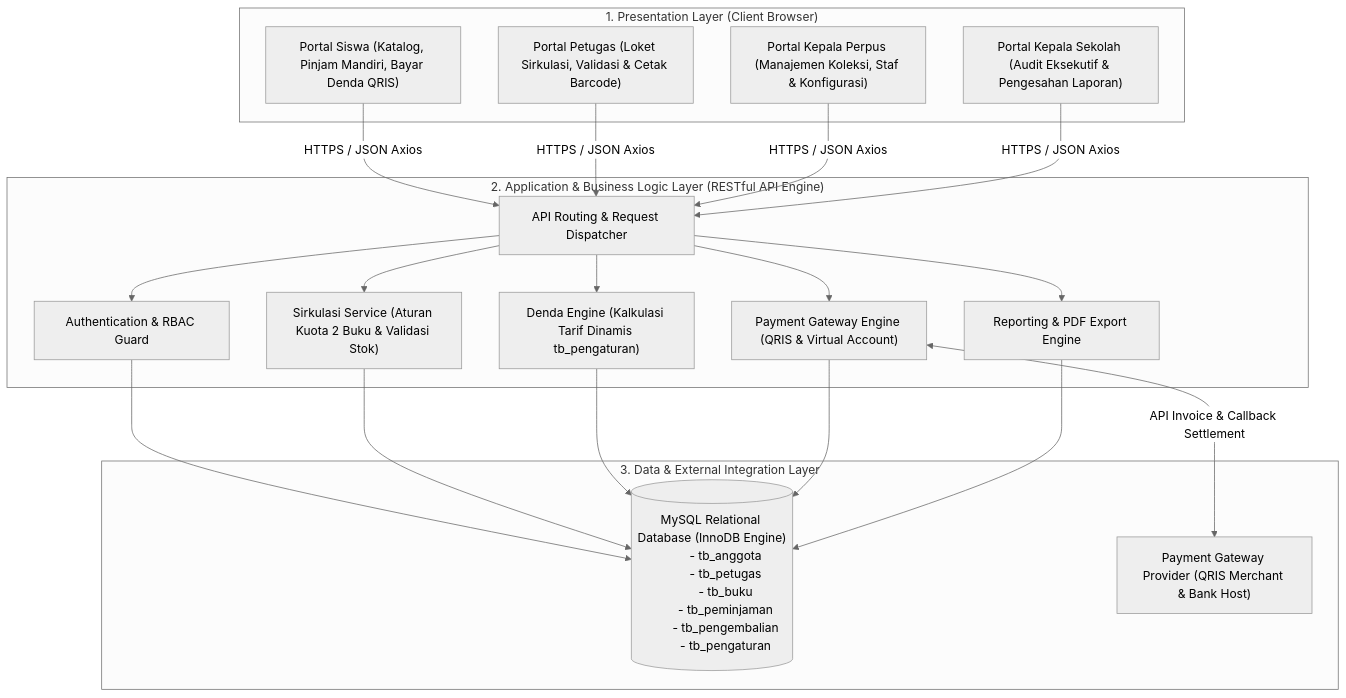
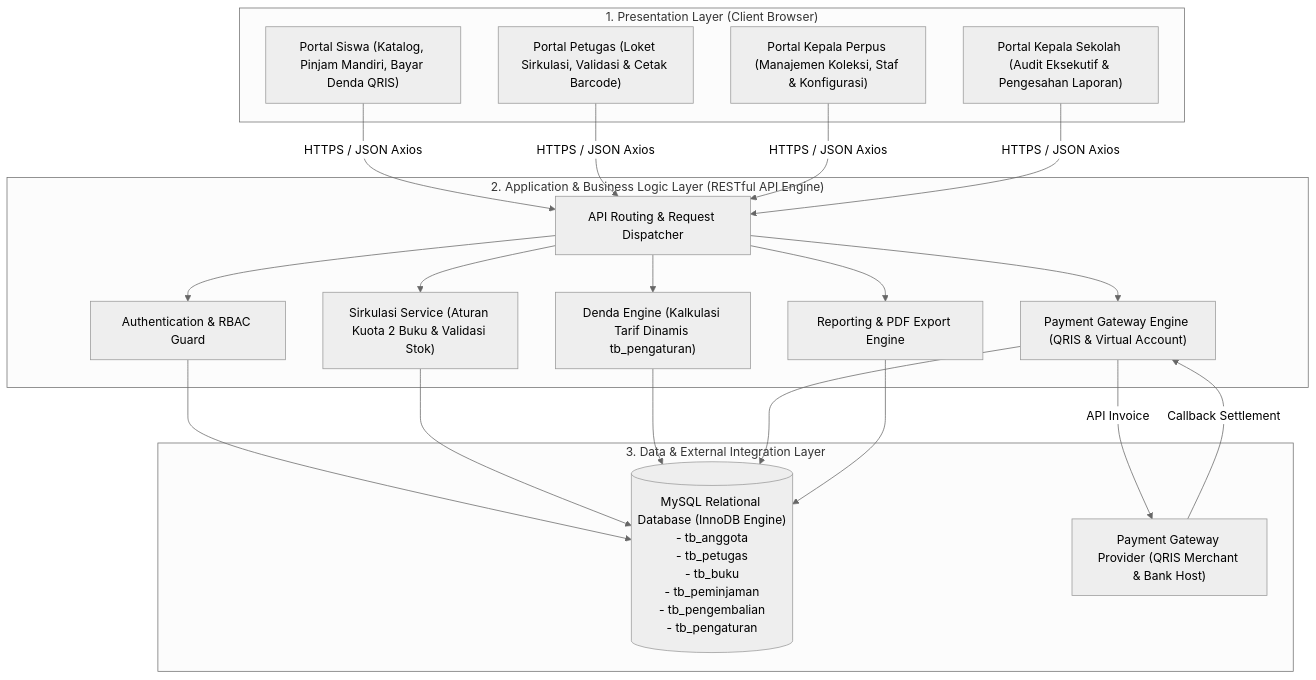
The first of 17 diagrams in PANDUAN_TEKNIS_DAN_ARSITEKTUR_SKRIPSI.md (fanydarat757-hash/antigrafitytest), drawn with Mermaid (neutral theme) before and after one commit. The commit also changed other lines of this file, not shown here.

Commit message:
Fix syntax errors in all 17 Mermaid diagrams for GitHub rendering

````diff
--- a/PANDUAN_TEKNIS_DAN_ARSITEKTUR_SKRIPSI.md
+++ b/PANDUAN_TEKNIS_DAN_ARSITEKTUR_SKRIPSI.md
@@ -27,47 +28,42 @@
 ```mermaid
 flowchart TD
     subgraph Client_Layer ["1. Presentation Layer (Client Browser)"]
         UI_Siswa["Portal Siswa (Katalog, Pinjam Mandiri, Bayar Denda QRIS)"]
         UI_Petugas["Portal Petugas (Loket Sirkulasi, Validasi & Cetak Barcode)"]
         UI_Admin["Portal Kepala Perpus (Manajemen Koleksi, Staf & Konfigurasi)"]
         UI_Kepsek["Portal Kepala Sekolah (Audit Eksekutif & Pengesahan Laporan)"]
     end
 
     subgraph API_Gateway ["2. Application & Business Logic Layer (RESTful API Engine)"]
         Router["API Routing & Request Dispatcher"]
         AuthService["Authentication & RBAC Guard"]
         SirkulasiService["Sirkulasi Service (Aturan Kuota 2 Buku & Validasi Stok)"]
         DendaService["Denda Engine (Kalkulasi Tarif Dinamis tb_pengaturan)"]
         PaymentService["Payment Gateway Engine (QRIS & Virtual Account)"]
         ReportService["Reporting & PDF Export Engine"]
     end
 
     subgraph Data_Layer ["3. Data & External Integration Layer"]
-        MySQL[("MySQL Relational Database (InnoDB Engine)
-        - tb_anggota
-        - tb_petugas
-        - tb_buku
-        - tb_peminjaman
-        - tb_pengembalian
-        - tb_pengaturan")]
+        MySQL[("MySQL Relational Database (InnoDB Engine)<br/>- tb_anggota<br/>- tb_petugas<br/>- tb_buku<br/>- tb_peminjaman<br/>- tb_pengembalian<br/>- tb_pengaturan")]
         PG_Provider["Payment Gateway Provider (QRIS Merchant & Bank Host)"]
     end
 
-    UI_Siswa -->|HTTPS / JSON Axios| Router
-    UI_Petugas -->|HTTPS / JSON Axios| Router
-    UI_Admin -->|HTTPS / JSON Axios| Router
-    UI_Kepsek -->|HTTPS / JSON Axios| Router
+    UI_Siswa -->|"HTTPS / JSON Axios"| Router
+    UI_Petugas -->|"HTTPS / JSON Axios"| Router
+    UI_Admin -->|"HTTPS / JSON Axios"| Router
+    UI_Kepsek -->|"HTTPS / JSON Axios"| Router
 
     Router --> AuthService
     Router --> SirkulasiService
     Router --> DendaService
     Router --> PaymentService
     Router --> ReportService
 
     AuthService --> MySQL
     SirkulasiService --> MySQL
     DendaService --> MySQL
     PaymentService --> MySQL
     ReportService --> MySQL
-    PaymentService <-->|API Invoice & Callback Settlement| PG_Provider
+    PaymentService -->|"API Invoice"| PG_Provider
+    PG_Provider -->|"Callback Settlement"| PaymentService
 ```
````
